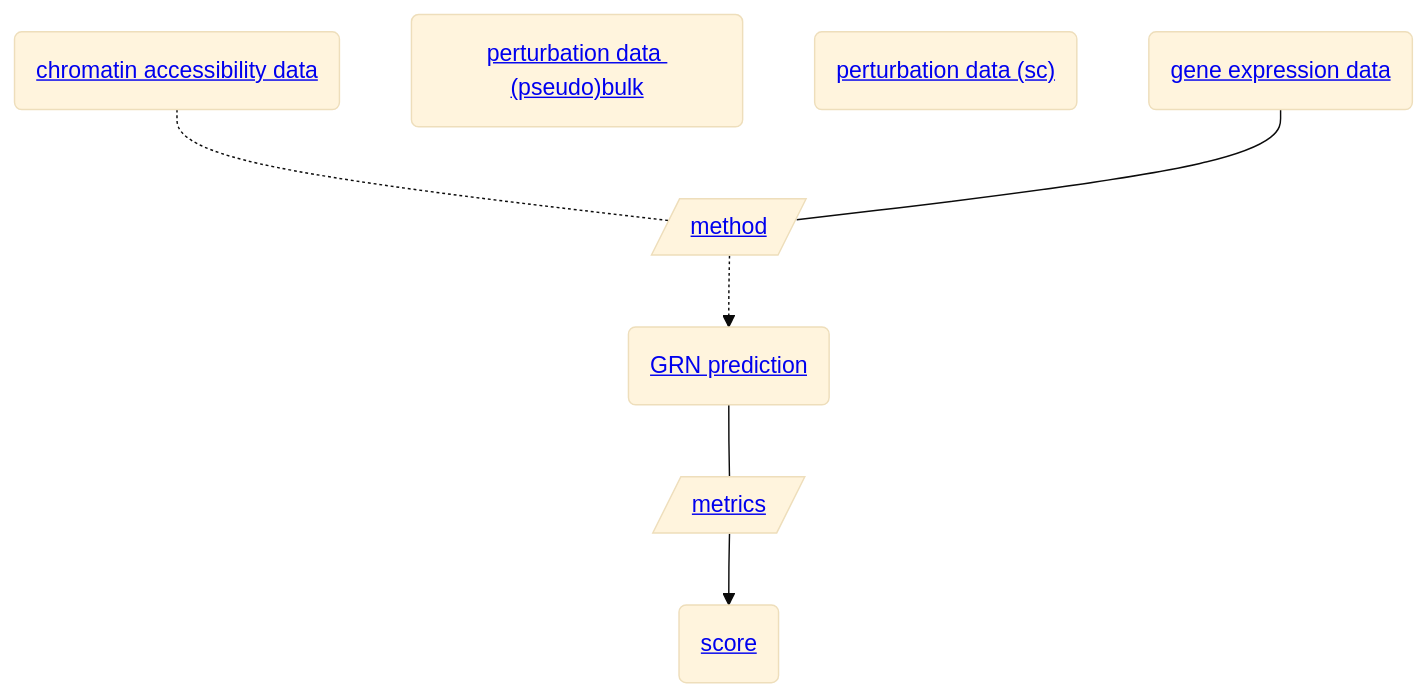
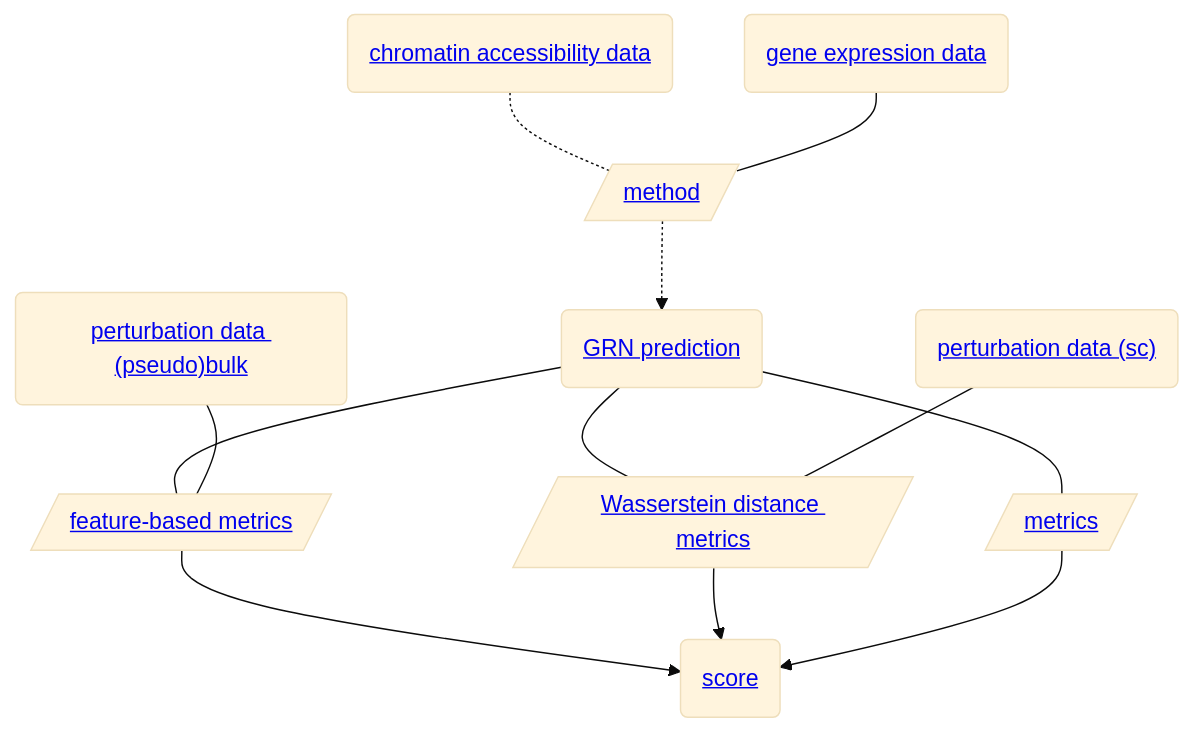
The diagram in README.md (openproblems-bio/task_grn_inference), drawn with Mermaid (base theme) before and after one commit. The commit also changed other lines of this file and 10 other files, not shown here.

````diff
--- a/README.md
+++ b/README.md
@@ -88,16 +87,24 @@
 ``` mermaid
 flowchart TB
   file_atac_h5ad("<a href='https://github.com/openproblems-bio/task_grn_inference#file-format-chromatin-accessibility-data'>chromatin accessibility data</a>")
   comp_method[/"<a href='https://github.com/openproblems-bio/task_grn_inference#component-type-method'>method</a>"/]
   file_prediction_h5ad("<a href='https://github.com/openproblems-bio/task_grn_inference#file-format-grn-prediction'>GRN prediction</a>")
+  comp_metric_regression[/"<a href='https://github.com/openproblems-bio/task_grn_inference#component-type-feature-based-metrics'>feature-based metrics</a>"/]
+  comp_metric_ws[/"<a href='https://github.com/openproblems-bio/task_grn_inference#component-type-wasserstein-distance-metrics'>Wasserstein distance metrics</a>"/]
   comp_metric[/"<a href='https://github.com/openproblems-bio/task_grn_inference#component-type-metrics'>metrics</a>"/]
   file_score_h5ad("<a href='https://github.com/openproblems-bio/task_grn_inference#file-format-score'>score</a>")
   file_evaluation_bulk_h5ad("<a href='https://github.com/openproblems-bio/task_grn_inference#file-format-perturbation-data--pseudo-bulk'>perturbation data (pseudo)bulk</a>")
   file_evaluation_sc_h5ad("<a href='https://github.com/openproblems-bio/task_grn_inference#file-format-perturbation-data--sc-'>perturbation data (sc)</a>")
   file_rna_h5ad("<a href='https://github.com/openproblems-bio/task_grn_inference#file-format-gene-expression-data'>gene expression data</a>")
   file_atac_h5ad-.-comp_method
   comp_method-.->file_prediction_h5ad
+  file_prediction_h5ad---comp_metric_regression
+  file_prediction_h5ad---comp_metric_ws
   file_prediction_h5ad---comp_metric
+  comp_metric_regression-->file_score_h5ad
+  comp_metric_ws-->file_score_h5ad
   comp_metric-->file_score_h5ad
+  file_evaluation_bulk_h5ad---comp_metric_regression
+  file_evaluation_sc_h5ad---comp_metric_ws
   file_rna_h5ad---comp_method
 ```
````
